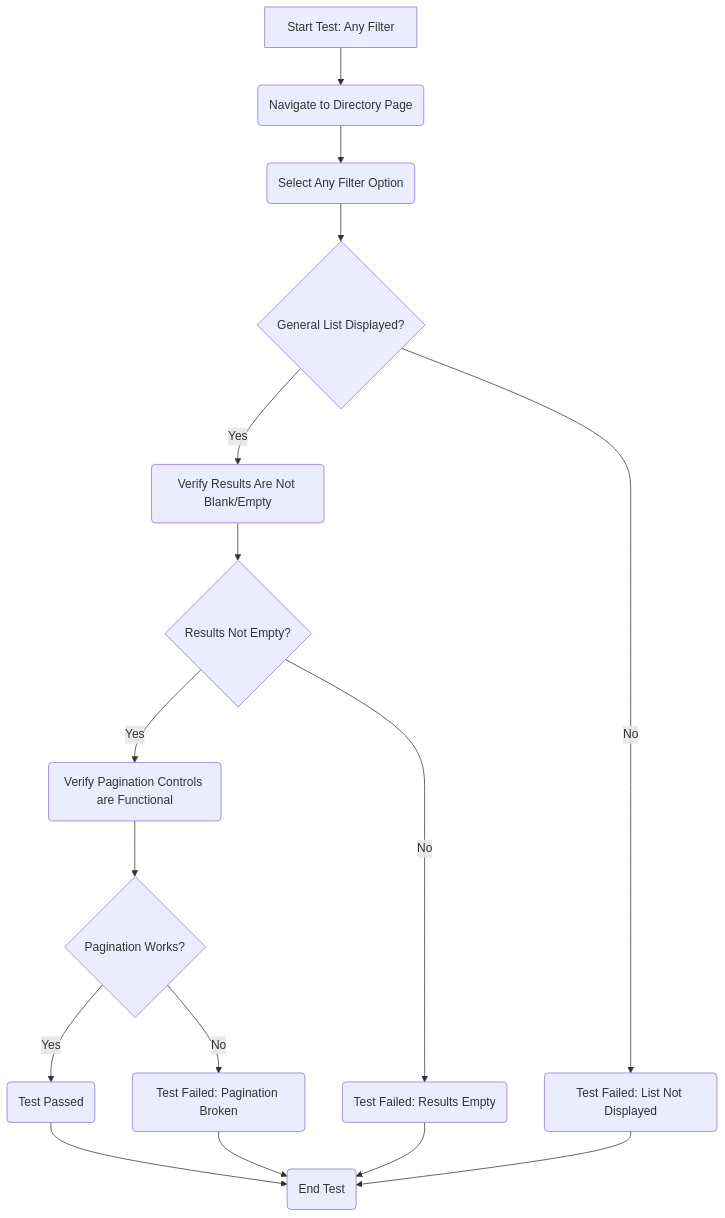
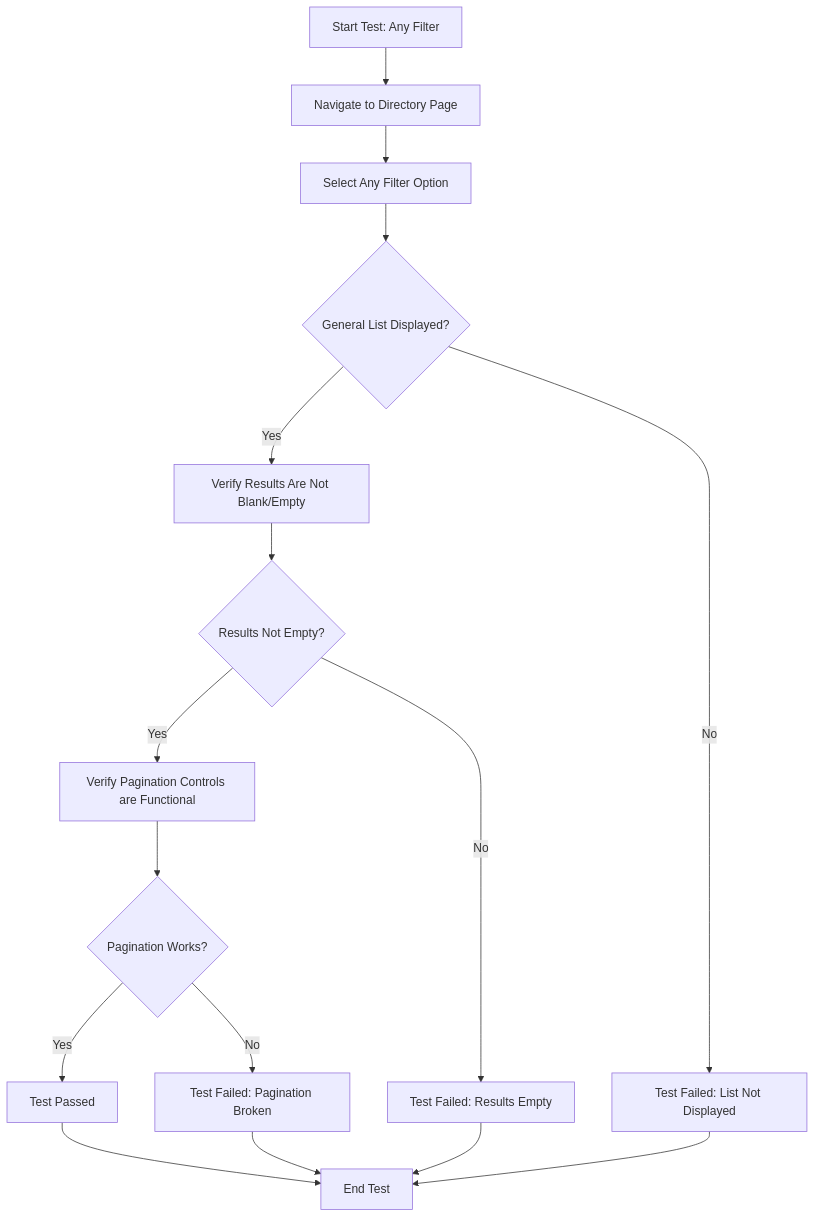
The fifth of 7 diagrams in README.md (mandypepe/sdd_selenium), drawn with Mermaid before and after one commit. The commit also changed other lines of this file and 36 other files, not shown here.

First line of the commit message:
Feature/qa tc008 test directory alphabetical index (#7)

````diff
--- a/README.md
+++ b/README.md
@@ -195,18 +211,18 @@
 ```mermaid
-graph TD
-    A[Start Test: Any Filter] --> B(Navigate to Directory Page);
-    B --> C(Select Any Filter Option);
-    C --> D{General List Displayed?};
-    D -- Yes --> E(Verify Results Are Not Blank/Empty);
-    E --> F{Results Not Empty?};
-    F -- Yes --> G(Verify Pagination Controls are Functional);
-    G --> H{Pagination Works?};
-    H -- Yes --> I(Test Passed);
-    D -- No --> J(Test Failed: List Not Displayed);
-    F -- No --> K(Test Failed: Results Empty);
-    H -- No --> L(Test Failed: Pagination Broken);
-    I --> M(End Test);
-    J --> M;
-    K --> M;
-    L --> M;
+flowchart TD
+    A[Start Test: Any Filter] --> B["Navigate to Directory Page"]
+    B --> C["Select Any Filter Option"]
+    C --> D{General List Displayed?}
+    D -- Yes --> E["Verify Results Are Not Blank/Empty"]
+    E --> F{Results Not Empty?}
+    F -- Yes --> G["Verify Pagination Controls are Functional"]
+    G --> H{Pagination Works?}
+    H -- Yes --> I[Test Passed]
+    D -- No --> J[Test Failed: List Not Displayed]
+    F -- No --> K[Test Failed: Results Empty]
+    H -- No --> L[Test Failed: Pagination Broken]
+    I --> M[End Test]
+    J --> M
+    K --> M
+    L --> M
 ```
````
